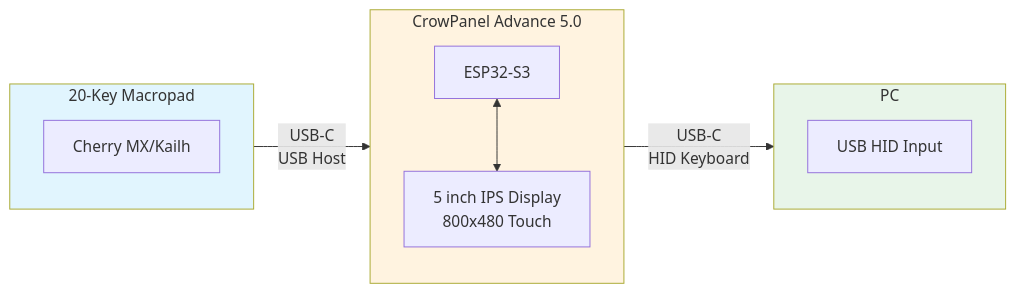
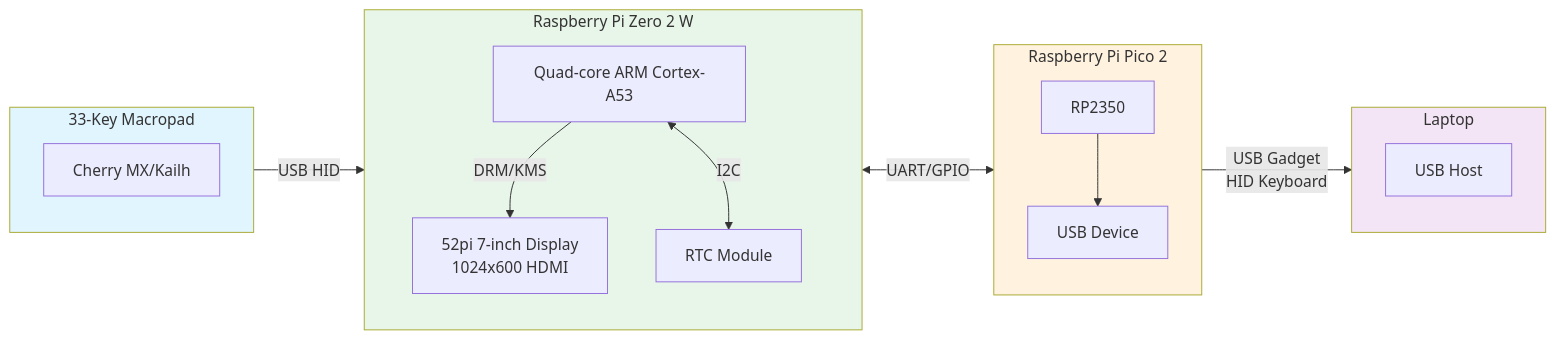
The first of 3 diagrams in docs/hardware.md (marvins/kbd_calc), drawn with Mermaid before and after one commit. The commit also changed other lines of this file and 28 other files, not shown here.

````diff
--- a/docs/hardware.md
+++ b/docs/hardware.md
@@ -7,23 +7,33 @@
 ```mermaid
 flowchart LR
-    subgraph Macropad["20-Key Macropad"]
+    subgraph Macropad["33-Key Macropad"]
         K[Cherry MX/Kailh]
     end
 
-    subgraph ESP32[CrowPanel Advance 5.0]
-        MCU[ESP32-S3]
-        DISP["5 inch IPS Display<br/>800x480 Touch"]
-        MCU <--> DISP
+    subgraph PiZero["Raspberry Pi Zero 2 W"]
+        CPU["Quad-core ARM Cortex-A53"]
+        DISP["52pi 7-inch Display<br/>1024x600 HDMI"]
+        RTC["RTC Module"]
+        CPU -->|DRM/KMS| DISP
+        CPU <-->|I2C| RTC
     end
 
-    subgraph PC["PC"]
-        USB[USB HID Input]
+    subgraph Pico["Raspberry Pi Pico 2"]
+        MCU[RP2350]
+        USB_DEV[USB Device]
+        MCU --> USB_DEV
     end
 
-    Macropad -->|"USB-C<br/>USB Host"| ESP32
-    ESP32 -->|"USB-C<br/>HID Keyboard"| PC
+    subgraph PC["Laptop"]
+        HOST[USB Host]
+    end
+
+    Macropad -->|USB HID| PiZero
+    PiZero <-->|UART/GPIO| Pico
+    Pico -->|"USB Gadget<br/>HID Keyboard"| PC
 
     style Macropad fill:#e1f5fe
-    style ESP32 fill:#fff3e0
-    style PC fill:#e8f5e9
+    style PiZero fill:#e8f5e9
+    style Pico fill:#fff3e0
+    style PC fill:#f3e5f5
 ```
````
